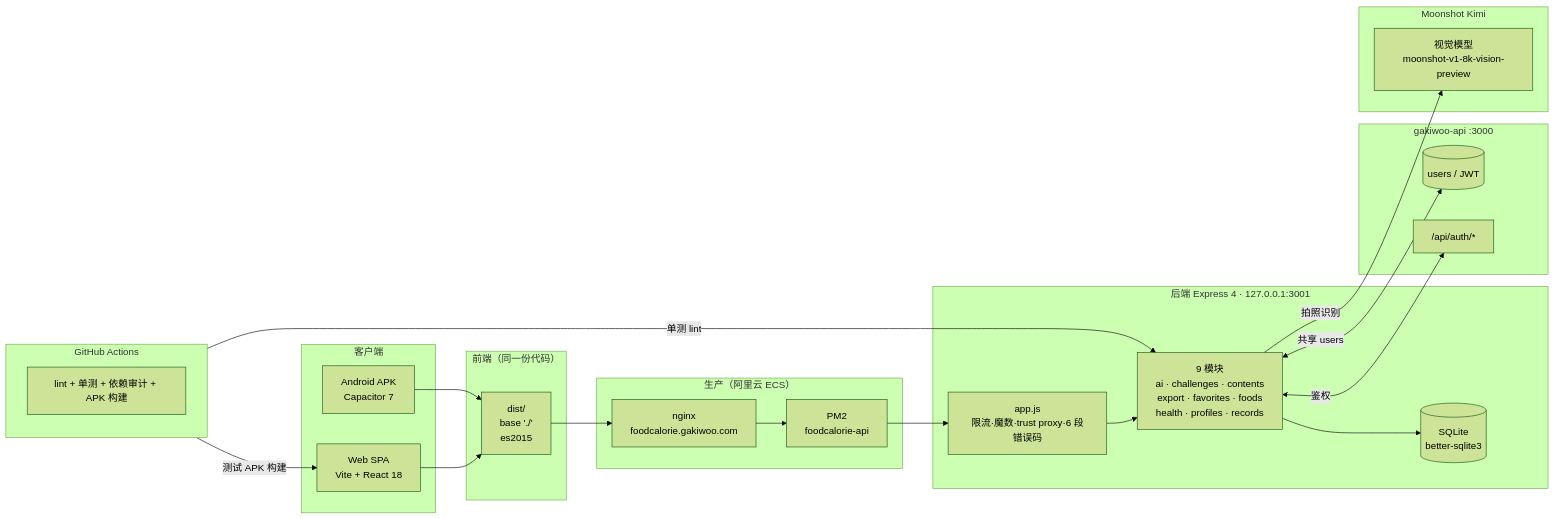
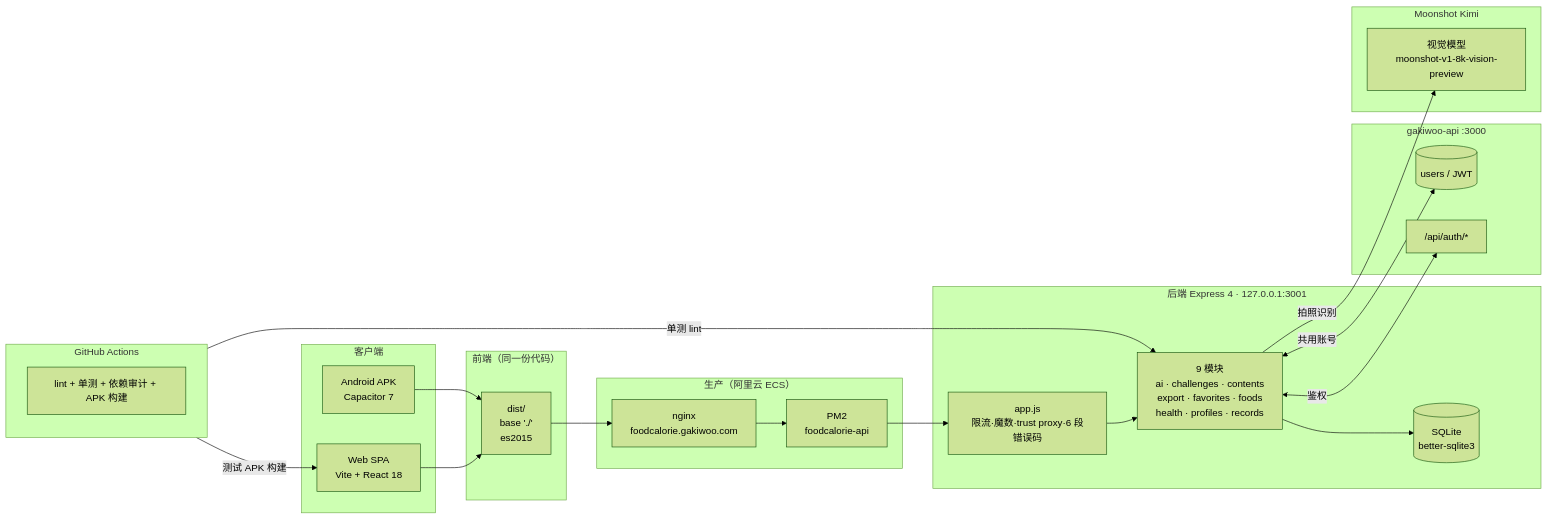
The diagram in README.md (Gakiwoo/foodcalorie), drawn with Mermaid (forest theme) before and after one commit. The commit also changed other lines of this file, not shown here.

````diff
--- a/README.md
+++ b/README.md
@@ -68,38 +59,38 @@
 ```mermaid
 flowchart LR
   subgraph Client["客户端"]
     Web["Web SPA<br/>Vite + React 18"]
     APK["Android APK<br/>Capacitor 7"]
   end
   subgraph Frontend["前端（同一份代码）"]
     Vite["dist/<br/>base './'<br/>es2015"]
   end
   subgraph Backend["后端 Express 4 · 127.0.0.1:3001"]
     App["app.js<br/>限流·魔数·trust proxy·6 段错误码"]
     Mods["9 模块<br/>ai · challenges · contents<br/>export · favorites · foods<br/>health · profiles · records"]
     DB[("SQLite<br/>better-sqlite3")]
   end
   subgraph Auth["gakiwoo-api :3000"]
     Users[("users / JWT")]
     AuthAPI["/api/auth/*"]
   end
   subgraph AI["Moonshot Kimi"]
     Kimi["视觉模型<br/>moonshot-v1-8k-vision-preview"]
   end
   subgraph Deploy["生产（阿里云 ECS）"]
     Nginx["nginx<br/>foodcalorie.gakiwoo.com"]
     PM2["PM2<br/>foodcalorie-api"]
   end
   subgraph CI["GitHub Actions"]
     Tests["lint + 单测 + 依赖审计 + APK 构建"]
   end
 
   Web --> Vite --> Nginx --> PM2 --> App
   APK --> Vite
   App --> Mods --> DB
   Mods <-->|鉴权| AuthAPI
-  Mods <-->|共享 users| Users
+  Mods <-->|共用账号| Users
   Mods -->|拍照识别| Kimi
   CI -->|测试 APK 构建| Web
   CI -->|单测 lint| Mods
 ```
````
